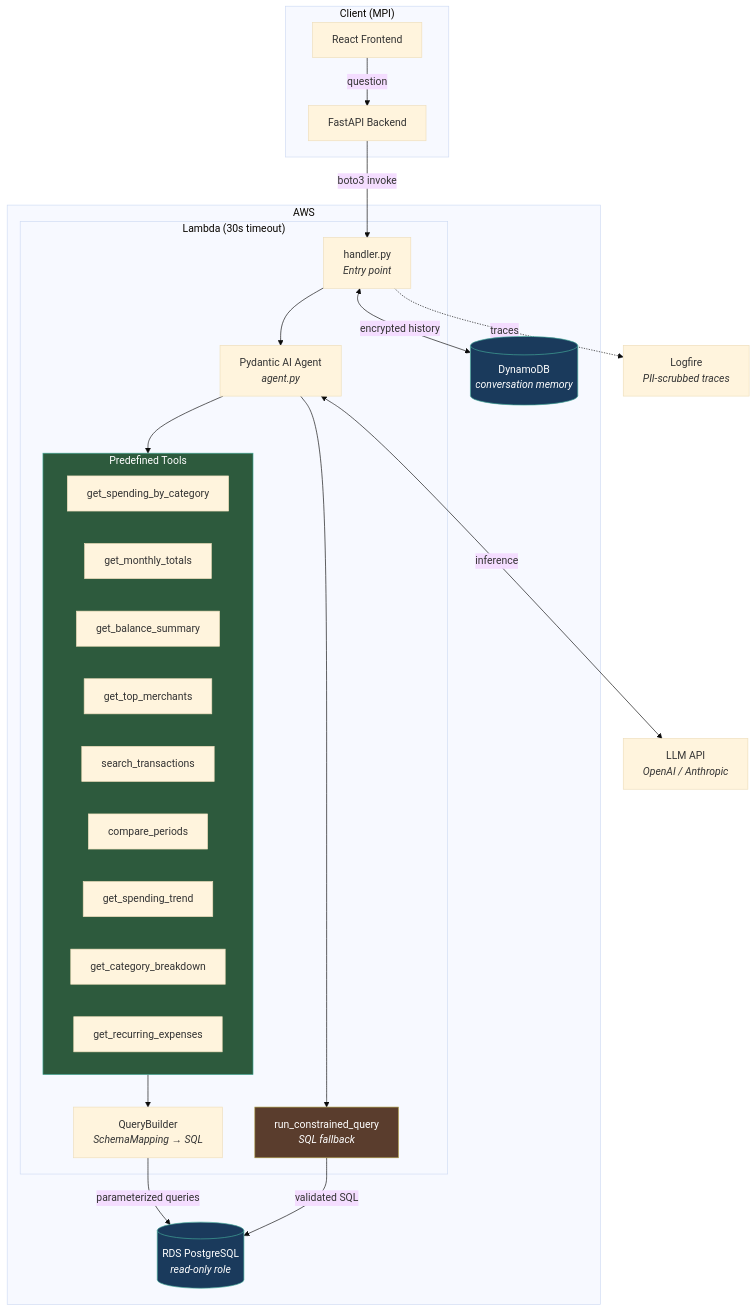
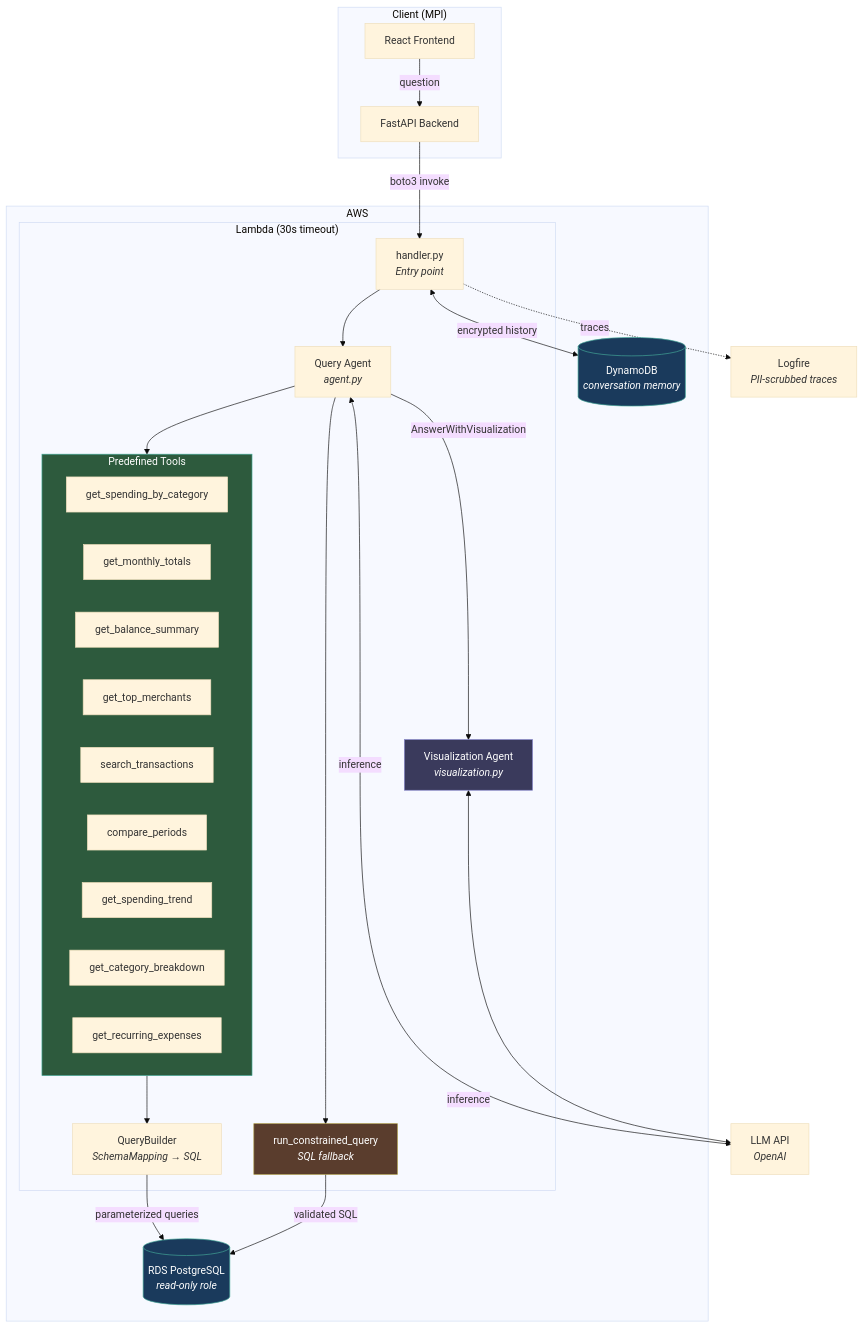
One commit to maxibove13/finance-query-agent changed the third of 8 diagrams in README.md. Above: the diagram before and after it, drawn with Mermaid (base theme). The commit also changed other lines of this file, not shown here.

Commit message:
docs: update README with visualization agent and current architecture

````diff
--- a/README.md
+++ b/README.md
@@ -40,54 +81,58 @@
 ```mermaid
 graph TB
     subgraph Client["Client (MPI)"]
         FE[React Frontend]
         BE[FastAPI Backend]
     end
 
     FE -->|question| BE
     BE -->|boto3 invoke| HANDLER
 
     subgraph AWS["AWS"]
         subgraph Lambda["Lambda (30s timeout)"]
             HANDLER[handler.py<br/><i>Entry point</i>]
             HANDLER --> AGENT
-            AGENT[Pydantic AI Agent<br/><i>agent.py</i>]
+            AGENT[Query Agent<br/><i>agent.py</i>]
             AGENT --> TOOLS
             AGENT --> FALLBACK
 
             subgraph TOOLS["Predefined Tools"]
                 T1[get_spending_by_category]
                 T2[get_monthly_totals]
                 T3[get_balance_summary]
                 T4[get_top_merchants]
                 T5[search_transactions]
                 T6[compare_periods]
                 T7[get_spending_trend]
                 T8[get_category_breakdown]
                 T9[get_recurring_expenses]
             end
 
             FALLBACK[run_constrained_query<br/><i>SQL fallback</i>]
-
             QB[QueryBuilder<br/><i>SchemaMapping → SQL</i>]
             TOOLS --> QB
+
+            AGENT -->|AnswerWithVisualization| VIZ
+            VIZ[Visualization Agent<br/><i>visualization.py</i>]
         end
 
         RDS[(RDS PostgreSQL<br/><i>read-only role</i>)]
         DDB[(DynamoDB<br/><i>conversation memory</i>)]
     end
 
-    LLM_API[LLM API<br/><i>OpenAI / Anthropic</i>]
+    LLM_API[LLM API<br/><i>OpenAI</i>]
     LOGFIRE[Logfire<br/><i>PII-scrubbed traces</i>]
 
     QB -->|parameterized queries| RDS
     FALLBACK -->|validated SQL| RDS
     HANDLER <-->|encrypted history| DDB
     AGENT <-->|inference| LLM_API
+    VIZ <-->|inference| LLM_API
     HANDLER -.->|traces| LOGFIRE
 
     style TOOLS fill:#2d5a3d,stroke:#4a9,color:#fff
     style FALLBACK fill:#5a3d2d,stroke:#a94,color:#fff
+    style VIZ fill:#3a3a5c,stroke:#88c,color:#fff
     style RDS fill:#1a3a5c,stroke:#4a9,color:#fff
     style DDB fill:#1a3a5c,stroke:#4a9,color:#fff
 ```
````
